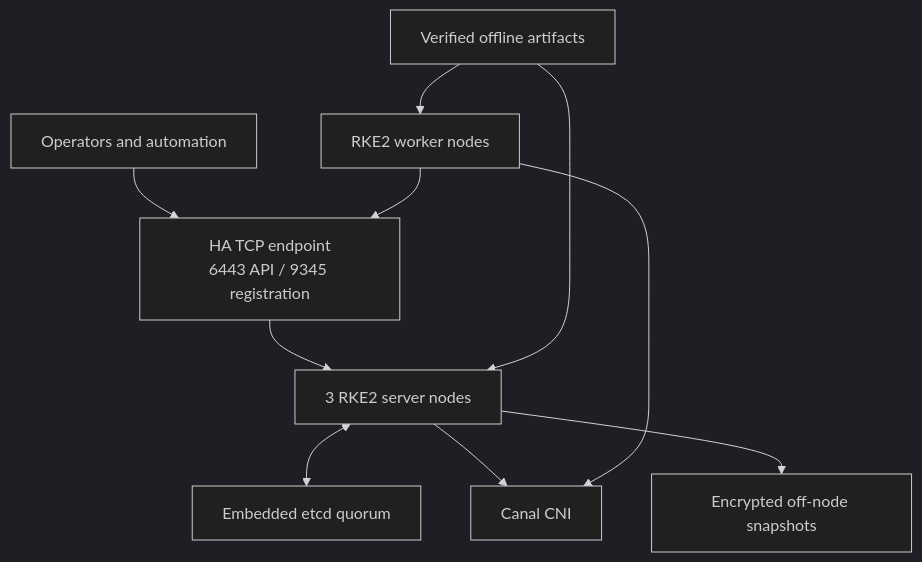
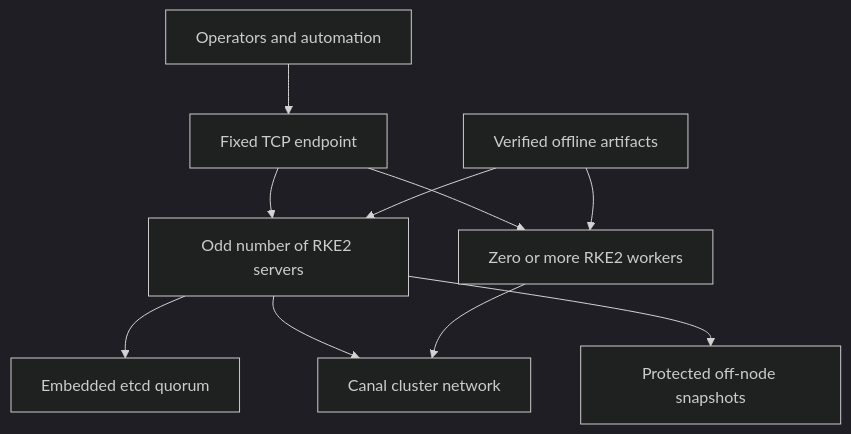
One commit to erfanehsanii/rke2-ha-airgap-cluster changed the first of 3 diagrams in README.md. Above: the diagram before and after it, drawn with Mermaid (dark theme). The commit also changed other lines of this file and 12 other files, not shown here.

````diff
--- a/README.md
+++ b/README.md
@@ -60,12 +60,12 @@
 ```mermaid
 flowchart TB
-    Client["Operators and automation"] --> LB["HA TCP endpoint<br/>6443 API / 9345 registration"]
-    LB --> CP["3 RKE2 server nodes"]
-    CP <--> ETCD["Embedded etcd quorum"]
-    WK["RKE2 worker nodes"] --> LB
-    CP --> CNI["Canal CNI"]
-    WK --> CNI
-    ART["Verified offline artifacts"] --> CP
-    ART --> WK
-    CP --> BKP["Encrypted off-node snapshots"]
+    USER["Operators and automation"] --> ENDPOINT["Fixed TCP endpoint"]
+    ENDPOINT --> SERVERS["Odd number of RKE2 servers"]
+    ENDPOINT --> WORKERS["Zero or more RKE2 workers"]
+    SERVERS --> ETCD["Embedded etcd quorum"]
+    SERVERS --> NETWORK["Canal cluster network"]
+    WORKERS --> NETWORK
+    ARTIFACTS["Verified offline artifacts"] --> SERVERS
+    ARTIFACTS --> WORKERS
+    SERVERS --> BACKUPS["Protected off-node snapshots"]
 ```
````
